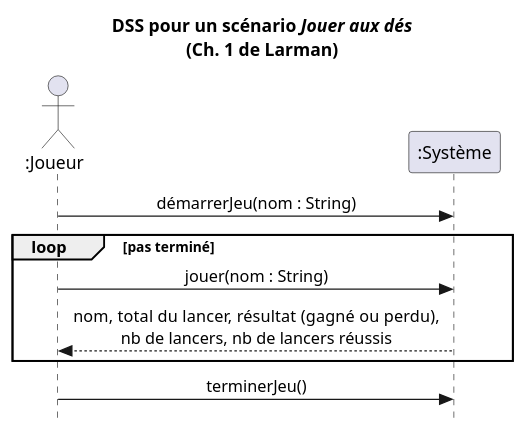
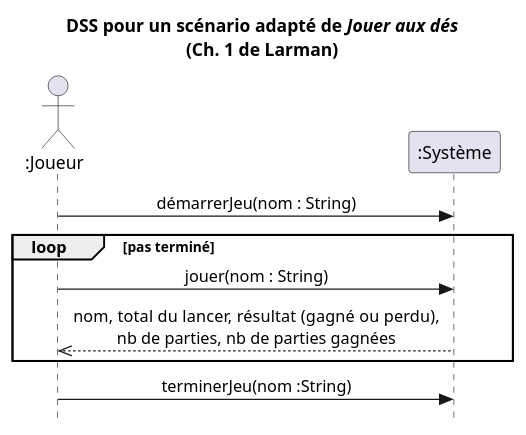
One commit to profcfuhrmanets/log210-jeu-de-des-node-express-ts changed the diagram in docs/dss-jouer.puml. Above: the diagram before and after it, drawn with PlantUML.

Commit message:
fix async return, add arg to terminerJeu

```diff
--- a/docs/dss-jouer.puml
+++ b/docs/dss-jouer.puml
@@ -1,16 +1,16 @@
 @startuml
 skinparam style strictuml
 skinparam defaultfontname Verdana
 skinparam sequence {
     MessageAlign center
 }
-title DSS pour un scénario <i>Jouer aux dés</i>\n(Ch. 1 de Larman)
+title DSS pour un scénario adapté de <i>Jouer aux dés</i>\n(Ch. 1 de Larman)
 actor ":Joueur" as c
 participant ":Système" as s
 c->s : démarrerJeu(nom : String)
 loop pas terminé
 c->s : jouer(nom : String)
-c<--s : nom, total du lancer,  résultat (gagné ou perdu),\nnb de lancers, nb de lancers réussis
+c<<--s : nom, total du lancer,  résultat (gagné ou perdu),\nnb de parties, nb de parties gagnées
 end loop
-c->s : terminerJeu()
+c->s : terminerJeu(nom :String)
 @enduml
```
